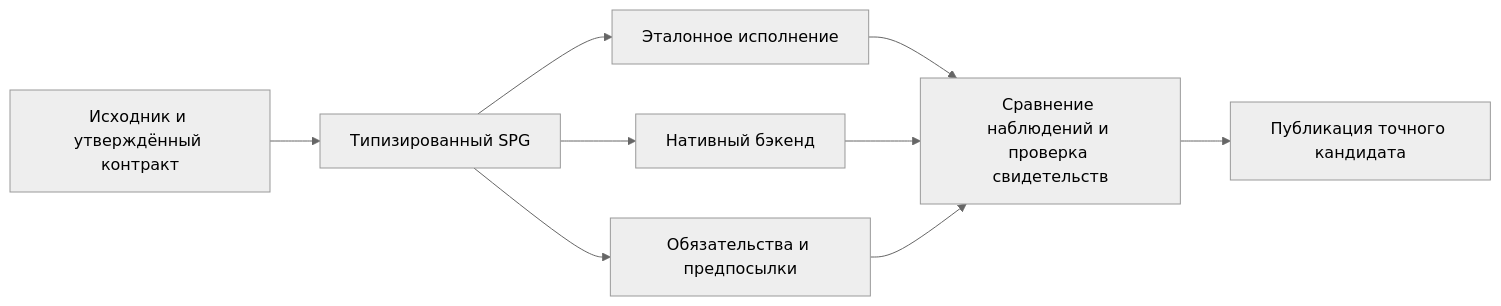
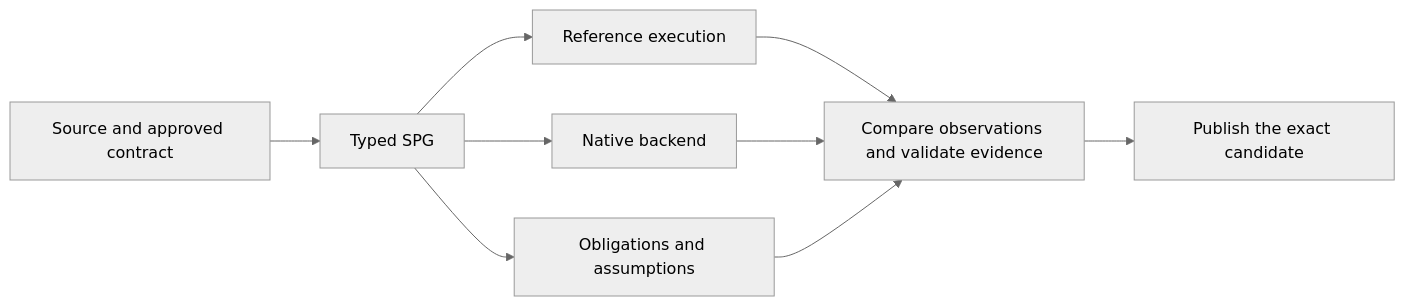
The diagram in research/research-management/LLMLANG-FEASIBILITY-SUMMARY.md (aivibeflow/LLMLang), drawn with Mermaid (neutral theme) before and after one commit. The commit also changed other lines of this file and 14 other files, not shown here.

Commit message:
Record accepted architecture decisions and translate feasibility summary (#681)

````diff
--- a/research/research-management/LLMLANG-FEASIBILITY-SUMMARY.md
+++ b/research/research-management/LLMLANG-FEASIBILITY-SUMMARY.md
@@ -11,11 +11,11 @@
 ```mermaid
 flowchart LR
-    A["Исходник и утверждённый контракт"] --> B["Типизированный SPG"]
-    B --> C["Эталонное исполнение"]
-    B --> D["Нативный бэкенд"]
-    B --> E["Обязательства и предпосылки"]
-    C --> F["Сравнение наблюдений и проверка свидетельств"]
+    A["Source and approved contract"] --> B["Typed SPG"]
+    B --> C["Reference execution"]
+    B --> D["Native backend"]
+    B --> E["Obligations and assumptions"]
+    C --> F["Compare observations and validate evidence"]
     D --> F
     E --> F
-    F --> G["Публикация точного кандидата"]
+    F --> G["Publish the exact candidate"]
 ```
````
